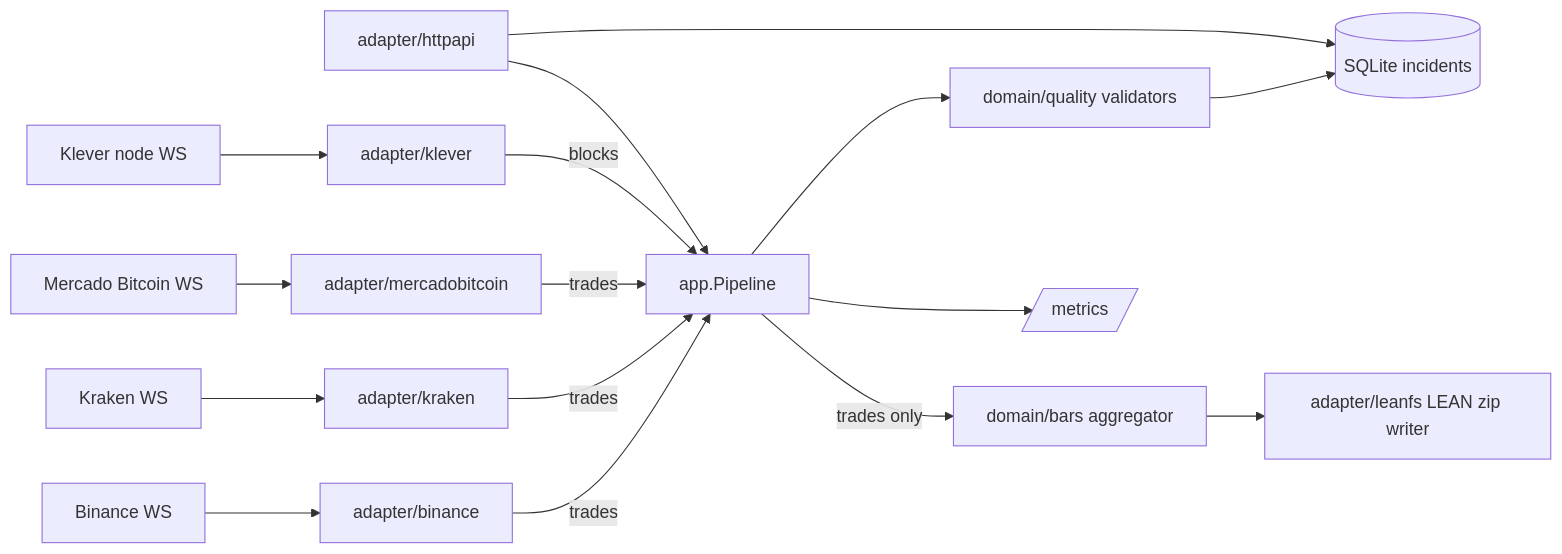
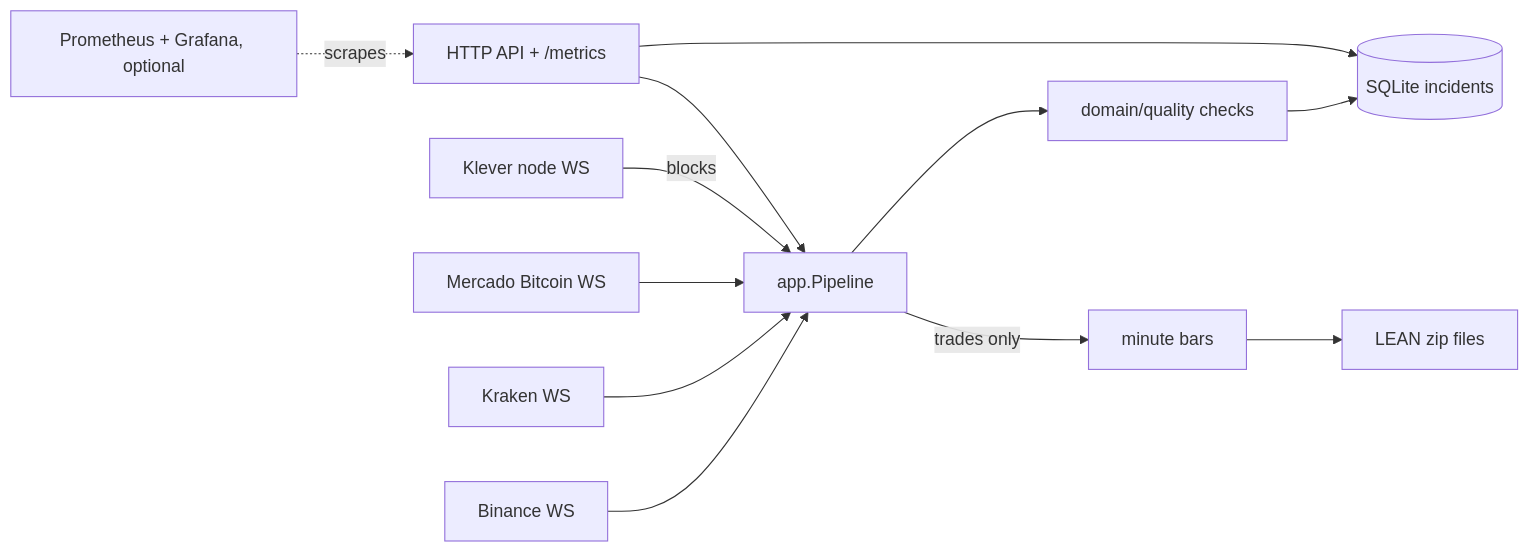
The diagram in README.md (Amadeus-22/tekel), drawn with Mermaid before and after one commit. The commit also changed other lines of this file and 6 other files, not shown here.

````diff
--- a/README.md
+++ b/README.md
@@ -67,18 +144,14 @@
 ```mermaid
 flowchart LR
-  B[Binance WS] --> CB[adapter/binance]
-  K[Kraken WS] --> CK[adapter/kraken]
-  MB[Mercado Bitcoin WS] --> CM[adapter/mercadobitcoin]
-  KN[Klever node WS] --> CKL[adapter/klever]
-  CB -- trades --> P[app.Pipeline]
-  CK -- trades --> P
-  CM -- trades --> P
-  CKL -- blocks --> P
-  P --> V[domain/quality validators]
+  B[Binance WS] --> P[app.Pipeline]
+  K[Kraken WS] --> P
+  MB[Mercado Bitcoin WS] --> P
+  KN[Klever node WS] -- blocks --> P
+  P --> V[domain/quality checks]
   V --> I[(SQLite incidents)]
-  P -- trades only --> A[domain/bars aggregator]
-  A --> L[adapter/leanfs LEAN zip writer]
-  P --> M[/metrics/]
-  H[adapter/httpapi] --> I
+  P -- trades only --> A[minute bars]
+  A --> L[LEAN zip files]
+  H[HTTP API + /metrics] --> I
   H --> P
+  M[Prometheus + Grafana, optional] -. scrapes .-> H
 ```
````
